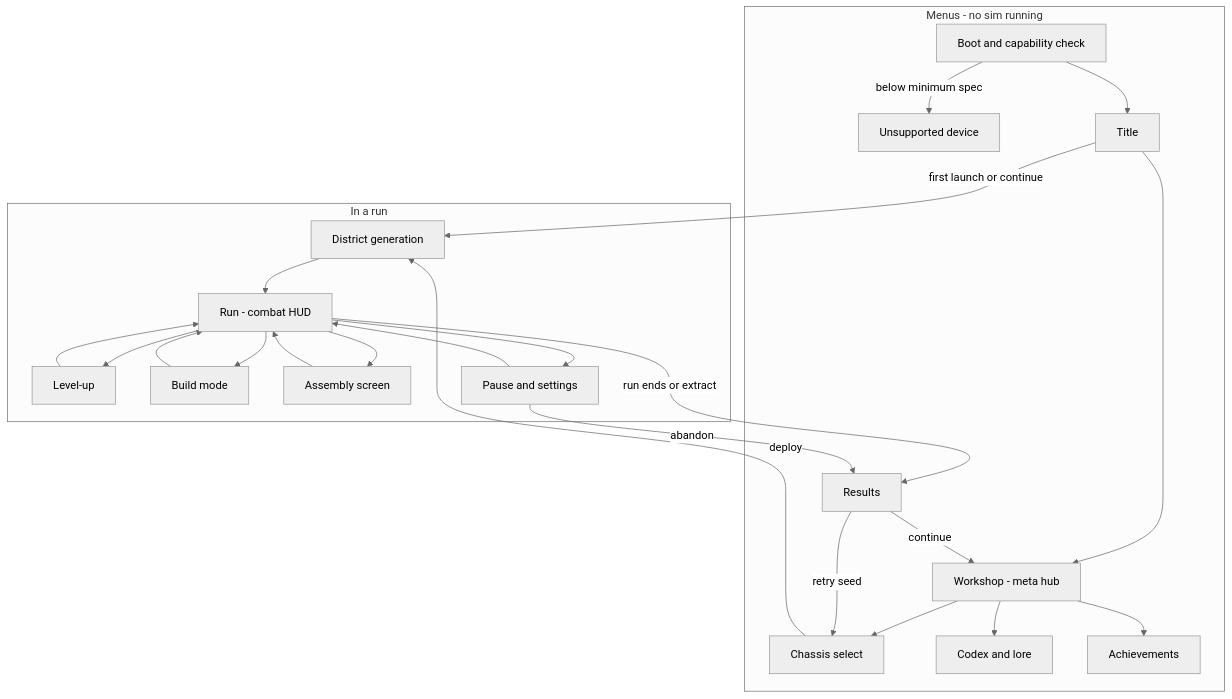
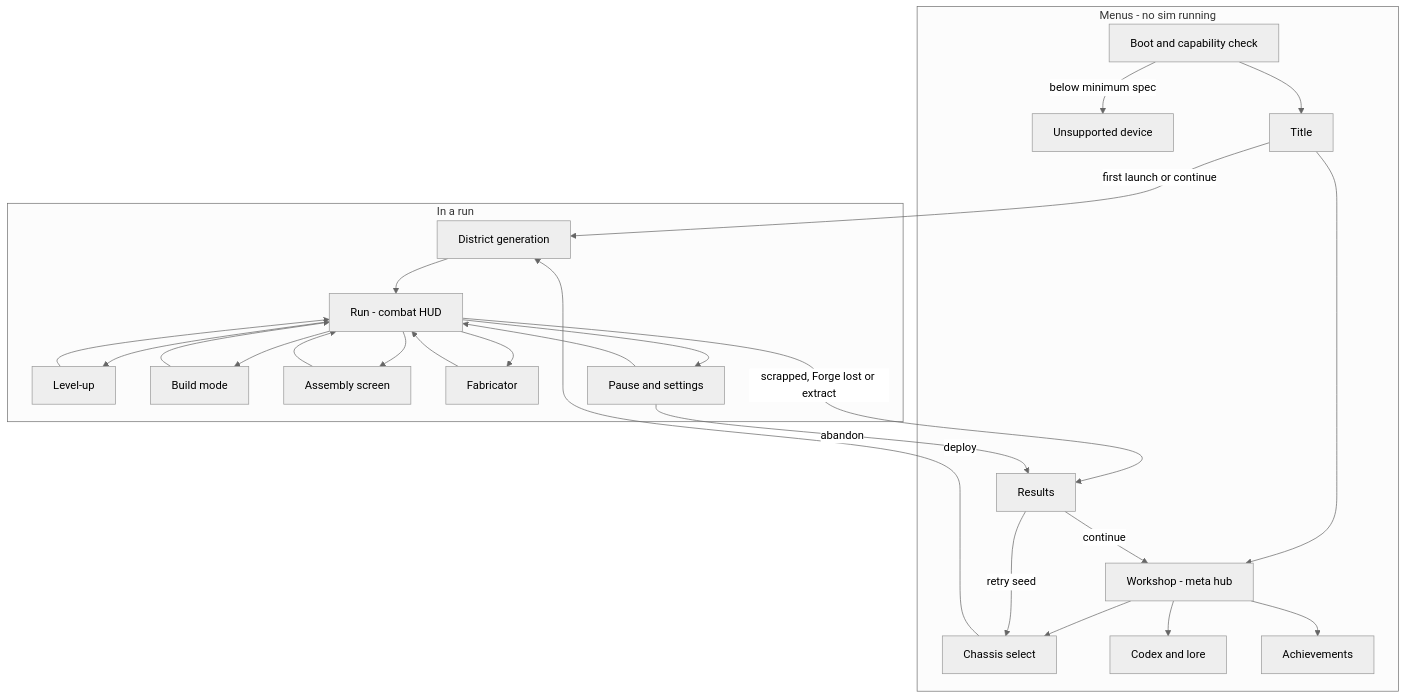
Before and after one commit to Doppelkeks/prophet: the first of 2 diagrams in docs/game/04-ux-flows.md, drawn with Mermaid (neutral theme). The commit also changed other lines of this file and 5 other files, not shown here.

````diff
--- a/docs/game/04-ux-flows.md
+++ b/docs/game/04-ux-flows.md
@@ -33,42 +32,45 @@
 ```mermaid
 flowchart TD
   subgraph MENUS ["Menus - no sim running"]
     BOOT["Boot and capability check"]
     UNS["Unsupported device"]
     TITLE["Title"]
     WS["Workshop - meta hub"]
     CH["Chassis select"]
     CODEX["Codex and lore"]
     ACH["Achievements"]
     RES["Results"]
   end
   subgraph RUNS ["In a run"]
     GEN["District generation"]
     RUN["Run - combat HUD"]
     LVL["Level-up"]
     BLD["Build mode"]
     ASM["Assembly screen"]
+    FAB["Fabricator"]
     PAUSE["Pause and settings"]
   end
   BOOT -- "below minimum spec" --> UNS
   BOOT --> TITLE
   TITLE -- "first launch or continue" --> GEN
   TITLE --> WS
   WS --> CH
   WS --> CODEX
   WS --> ACH
   CH -- "deploy" --> GEN
   GEN --> RUN
   RUN --> LVL
   LVL --> RUN
   RUN --> BLD
   BLD --> RUN
   RUN --> ASM
   ASM --> RUN
+  RUN --> FAB
+  FAB --> RUN
   RUN --> PAUSE
   PAUSE --> RUN
-  RUN -- "run ends or extract" --> RES
+  RUN -- "scrapped, Forge lost or extract" --> RES
   PAUSE -- "abandon" --> RES
   RES -- "continue" --> WS
   RES -- "retry seed" --> CH
 ```
````
